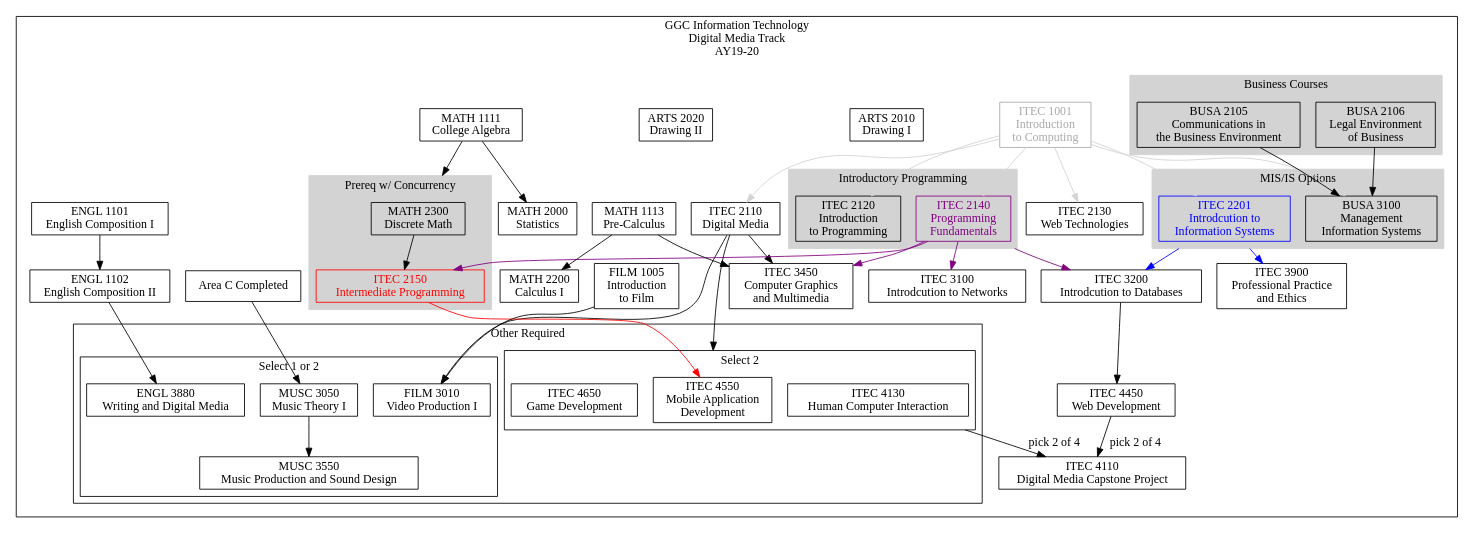
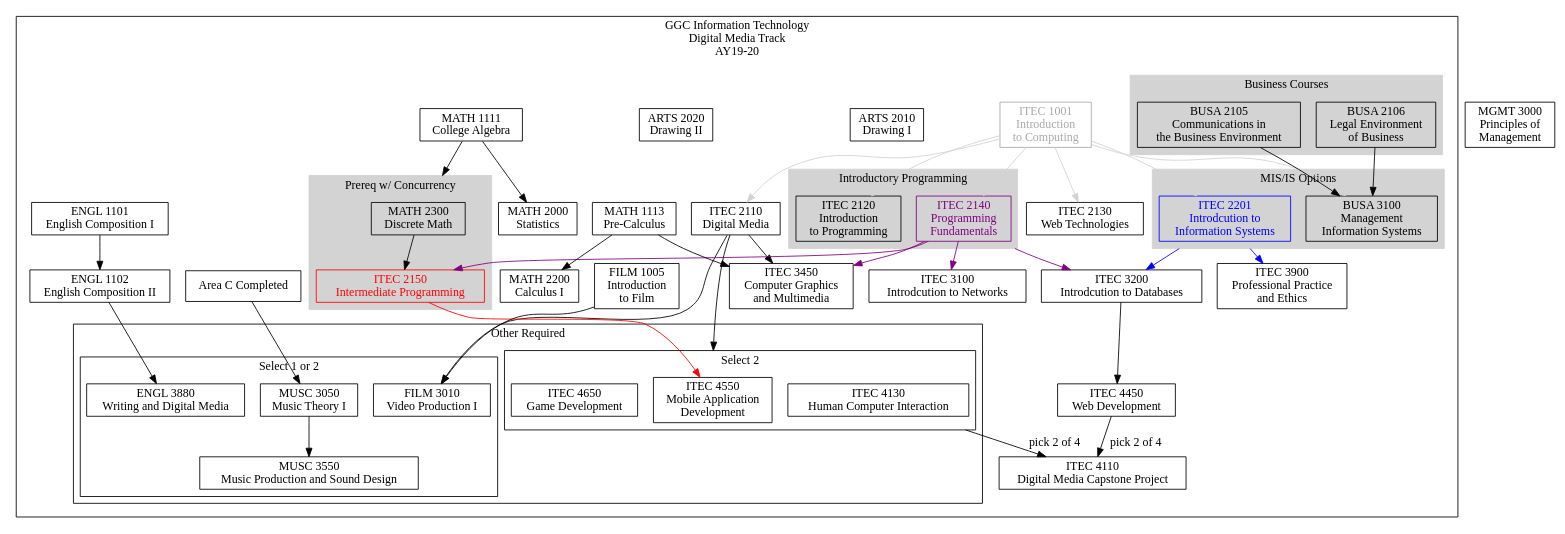
Before and after one commit to rjlutz/itec-plans: the diagram in AY19-20/DigitalMedia.dot, drawn with Graphviz. The commit also changed 9 other files, not shown here.

```diff
--- a/AY19-20/DigitalMedia.dot
+++ b/AY19-20/DigitalMedia.dot
@@ -1,148 +1,149 @@
 digraph G {
 
     node [shape = record, fontname="Sans serif" fontsize="14"];
     compound = true //  needed to link clusters and nodes
     splines = true
     ranksep=0.1
 
     // All
     itec1001[label = "ITEC 1001\nIntroduction \nto Computing" color=darkgray fontcolor=darkgray]
     itec2110[label = "ITEC 2110\nDigital Media"]
     itec2120[label = "ITEC 2120\nIntroduction\nto Programming"]
     itec2130[label = "ITEC 2130\nWeb Technologies"]
     itec2140[label = "ITEC 2140\nProgramming \nFundamentals" color=purple fontcolor=purple]
     itec2150[label = "ITEC 2150\nIntermediate Programming" color=red fontcolor=red]
     itec2201[label = "ITEC 2201\nIntrodcution to\nInformation Systems" color=blue fontcolor=blue]
     itec3100[label = "ITEC 3100\nIntrodcution to Networks"]
     itec3200[label = "ITEC 3200\nIntrodcution to Databases"]
     itec3900[label = "ITEC 3900\nProfessional Practice\nand Ethics"]
     busa2105[label = "BUSA 2105\nCommunications in\nthe Business Environment"]
     busa2106[label = "BUSA 2106\nLegal Environment\nof Business"]
     busa3100[label = "BUSA 3100\nManagement \nInformation Systems"]
     math1113[label = "MATH 1113\nPre-Calculus"]
     math2300[label = "MATH 2300\nDiscrete Math"]
     math2000[label = "MATH 2000\nStatistics"]
     math2200[label = "MATH 2200\nCalculus I"]
+    mgmt3000[label = "MGMT 3000\nPrinciples of\nManagement"]
 
     // Digital Media
     itec3450[label = "ITEC 3450\nComputer Graphics\nand Multimedia"]
     itec4110[label = "ITEC 4110\nDigital Media Capstone Project"]
     itec4130[label = "ITEC 4130\nHuman Computer Interaction"]
     itec4450[label = "ITEC 4450\nWeb Development"]
     itec4550[label = "ITEC 4550\nMobile Application\nDevelopment"]
     itec4650[label = "ITEC 4650\nGame Development"]
     areaC[label = "Area C Completed"]
     arts2010[label = "ARTS 2010\nDrawing I"]
     arts2020[label = "ARTS 2020\nDrawing II"]
     math1111[label = "MATH 1111\nCollege Algebra"]
     engl1101[label = "ENGL 1101\nEnglish Composition I"]
     engl1102[label = "ENGL 1102\nEnglish Composition II"]
     engl3880[label = "ENGL 3880\nWriting and Digital Media"]
     film1005[label = "FILM 1005\nIntroduction\nto Film"] 
     film3010[label = "FILM 3010\nVideo Production I"]
     musc3050[label = "MUSC 3050\nMusic Theory I"]
     musc3550[label = "MUSC 3550\nMusic Production and Sound Design"]
     
 
     subgraph clusterdm {
         label="GGC Information Technology\nDigital Media Track\nAY19-20"
 
         subgraph clusterrequired {
             label=""
             node [style=filled];
             style=filled;
 
             color="#FFFFFF";
             
             engl1101 -> engl1102 -> engl3880
             film1005 -> film3010
             itec2110 -> film3010
             areaC -> musc3050
 
             itec1001 -> itec2110 [color=lightgray]
             itec1001 -> itec2120 [color=lightgray]
             itec1001 -> itec2130 [color=lightgray]
             itec1001 -> itec2201 [color=lightgray]
             itec1001 -> busa3100 [color=lightgray]
 
             busa2106 -> busa3100
             busa2105 -> busa3100
             itec1001 -> itec2140 [color=lightgray]
             itec2140 -> itec2150 [color=purple]
 
             itec2140 -> itec3100 [color=purple]
             itec2201 -> itec3200 [color=blue ltail=cluster22013100];
             itec2140 -> itec3200 [ltail=cluster21202140 color=purple]
 
             itec2140 -> itec3450 [color=purple]
 
             itec2201 -> itec3900 [ltail=cluster22013100 color=blue]
 
             math1113 -> math2200
             math1111 -> math2000
             math1111 -> math2300 [lhead=clusterdiscrete]
             itec3200 -> itec4450
 
             math1113 -> itec3450
             itec2110 -> itec3450
             itec2110 -> itec4550 [lhead=clusteritecopt1]
             itec2150 -> itec4550 [color=red]
             
             itec4450 -> itec4110 [label="pick 2 of 4"]
             itec4130 -> itec4110 [ltail=clusteritecopt1 label="pick 2 of 4"]
 
             arts2020
             arts2010
 
             subgraph cluster21202140 {
                 label = "Introductory Programming";
                 color=lightgrey;
                 itec2120
                 itec2140
             }
             subgraph cluster22013100 {
                 label = "MIS/IS Options";
                 color=lightgrey;
                 itec2201
                 busa3100
             }
             subgraph cluster21052106 {
                 label = "Business Courses"
                 color=lightgrey;
                 busa2105
                 busa2106
             }
             
             subgraph clusterdiscrete {
                 label = "Prereq w/ Concurrency";
                 node [style=filled];
                 style=filled;
                 color=lightgrey;
                 math2300 -> itec2150
             }
 
             subgraph clusterotherrequired {
                 label = "Other Required"
                 node [style=filled];
                 style=filled;
                 graph[style=solid]
                 color=black;
                 // {rank=same; "engl3880"; "itec4650"}
 
                 subgraph clusteritecopt1 {
                     label = "Select 2";
                     itec4130
                     itec4550
                     itec4650
                 }
 
                 subgraph clusteritecopt2 {
                     label = "Select 1 or 2";
                     engl3880
                     film3010
                     musc3050 -> musc3550
                 }                
             }
         }    
     }
 }
```
